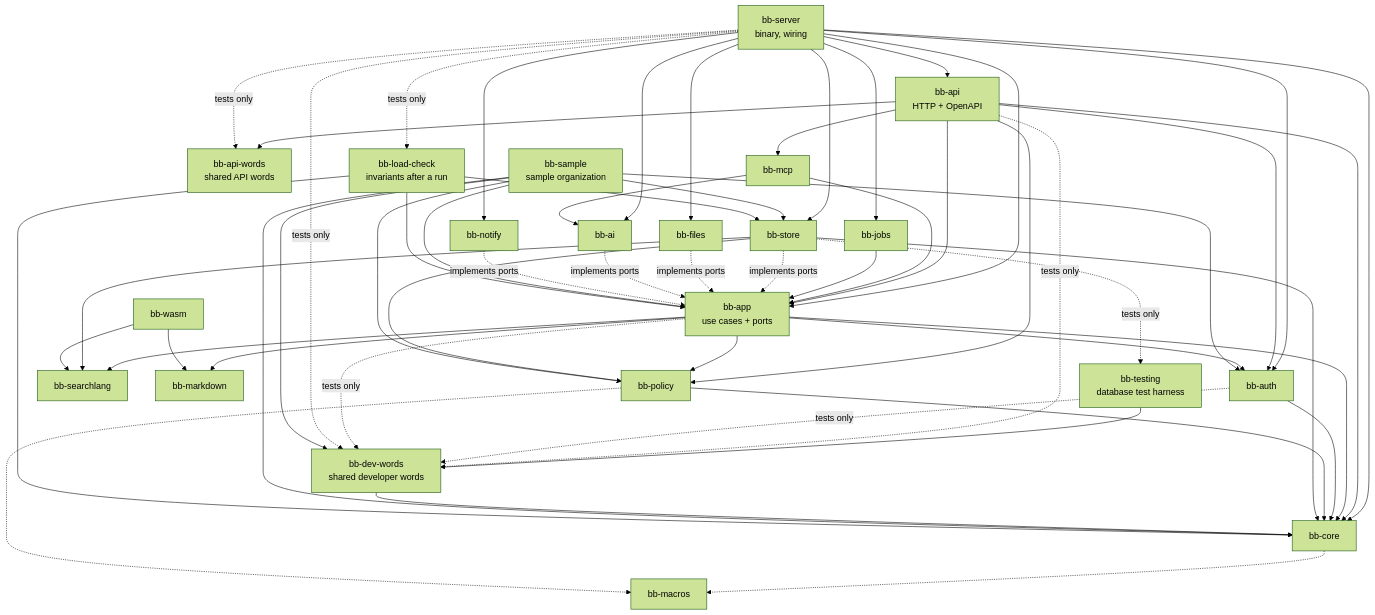
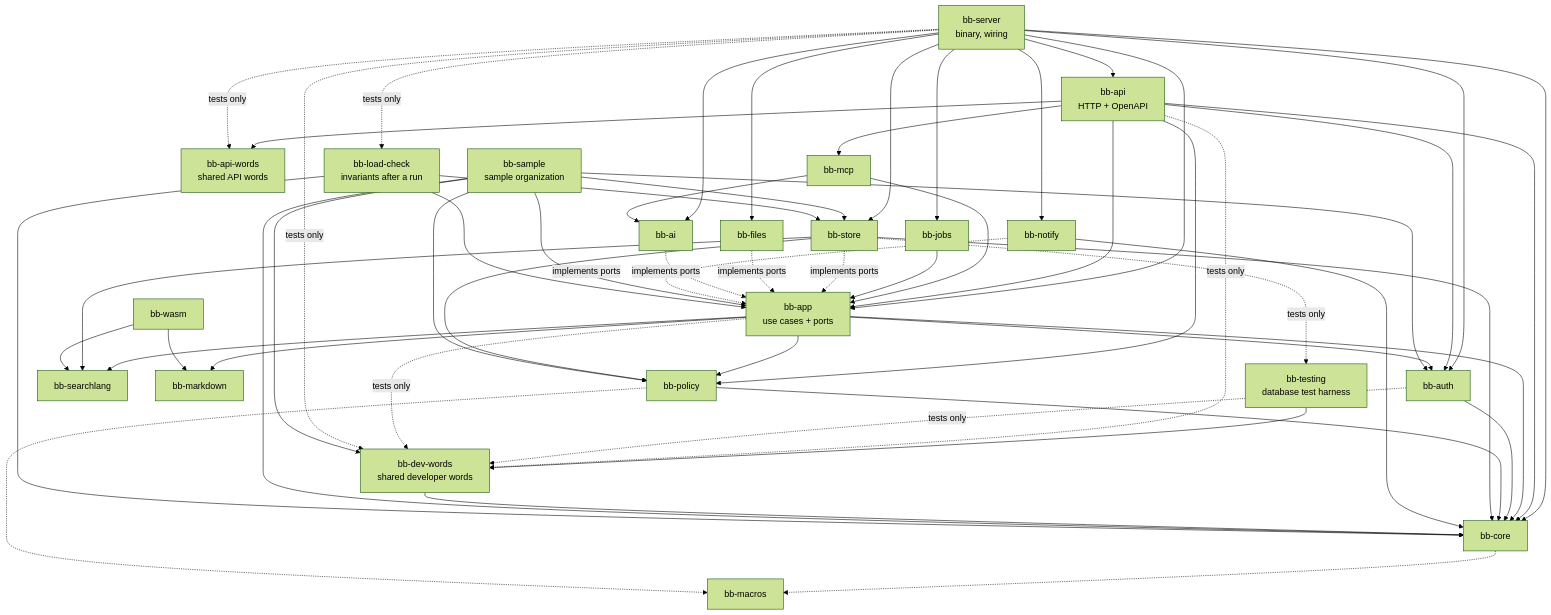
The diagram in docs/architecture/04-building-blocks.md (Nusi42/Bugaboo), drawn with Mermaid (forest theme) before and after one commit. The commit also changed 2 other files, not shown here.

Commit message:
fix(checks): name the mail routes and the notify dependency

````diff
--- a/docs/architecture/04-building-blocks.md
+++ b/docs/architecture/04-building-blocks.md
@@ -47,51 +47,52 @@
 ```mermaid
 flowchart TB
   server["bb-server<br/>binary, wiring"]
   api["bb-api<br/>HTTP + OpenAPI"]
   words["bb-api-words<br/>shared API words"]
   devwords["bb-dev-words<br/>shared developer words"]
   mcp["bb-mcp"]
   app["bb-app<br/>use cases + ports"]
   policy["bb-policy"]
   core["bb-core"]
   macros["bb-macros"]
   search["bb-searchlang"]
   md["bb-markdown"]
   store["bb-store"]
   files["bb-files"]
   auth["bb-auth"]
   ai["bb-ai"]
   notify["bb-notify"]
   jobs["bb-jobs"]
   wasm["bb-wasm"]
   testing["bb-testing<br/>database test harness"]
   sample["bb-sample<br/>sample organization"]
   loadcheck["bb-load-check<br/>invariants after a run"]
 
   server --> api & jobs & store & files & ai & notify & auth & app & core
   api --> app & auth & mcp & core & policy & words
   mcp --> app & ai
   jobs --> app
   app --> policy & core & search & md & auth
   auth --> core
   policy --> core
   core -.-> macros
   policy -.-> macros
   store -. implements ports .-> app
   files -. implements ports .-> app
   ai -. implements ports .-> app
   notify -. implements ports .-> app
   store --> search & policy & core
+  notify --> core
   wasm --> search & md
   store -. tests only .-> testing
   server -. tests only .-> words
   testing --> devwords
   devwords --> core
   api -. tests only .-> devwords
   auth -. tests only .-> devwords
   app -. tests only .-> devwords
   server -. tests only .-> devwords
   sample --> app & store & core & policy & auth & devwords
   loadcheck --> app & store & core
   server -. tests only .-> loadcheck
 ```
````
